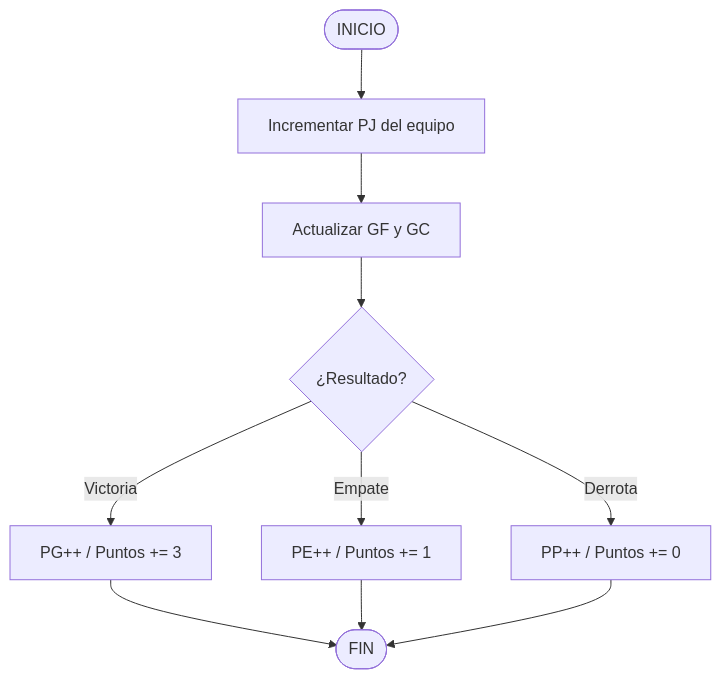
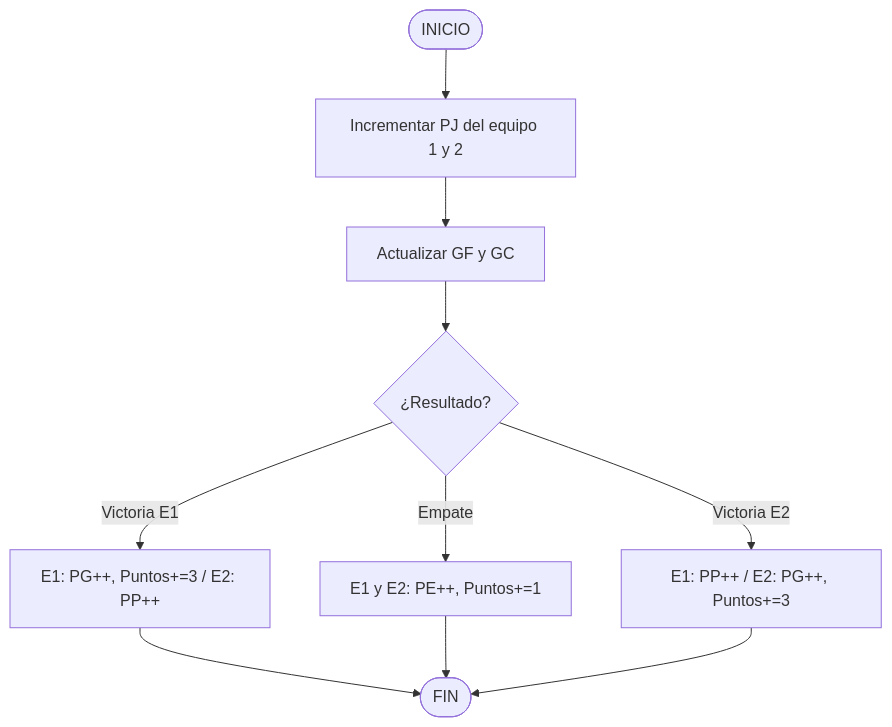
One commit to wigsdev/torneo-futbol-p4 changed the third of 3 diagrams in docs/projecto4.md. Above: the diagram before and after it, drawn with Mermaid. The commit also changed other lines of this file and 5 other files, not shown here.

````diff
--- a/docs/projecto4.md
+++ b/docs/projecto4.md
@@ -135,12 +139,12 @@
 ```mermaid
 flowchart TD
-    A([INICIO]) --> B[Incrementar PJ del equipo]
+    A([INICIO]) --> B[Incrementar PJ del equipo 1 y 2]
     B --> C[Actualizar GF y GC]
     C --> D{¿Resultado?}
-    D -->|Victoria| E[PG++ / Puntos += 3]
-    D -->|Empate| F[PE++ / Puntos += 1]
-    D -->|Derrota| G[PP++ / Puntos += 0]
+    D -->|Victoria E1| E[E1: PG++, Puntos+=3 / E2: PP++]
+    D -->|Empate| F[E1 y E2: PE++, Puntos+=1]
+    D -->|Victoria E2| G[E1: PP++ / E2: PG++, Puntos+=3]
     E --> H([FIN])
     F --> H
     G --> H
 ```
````
